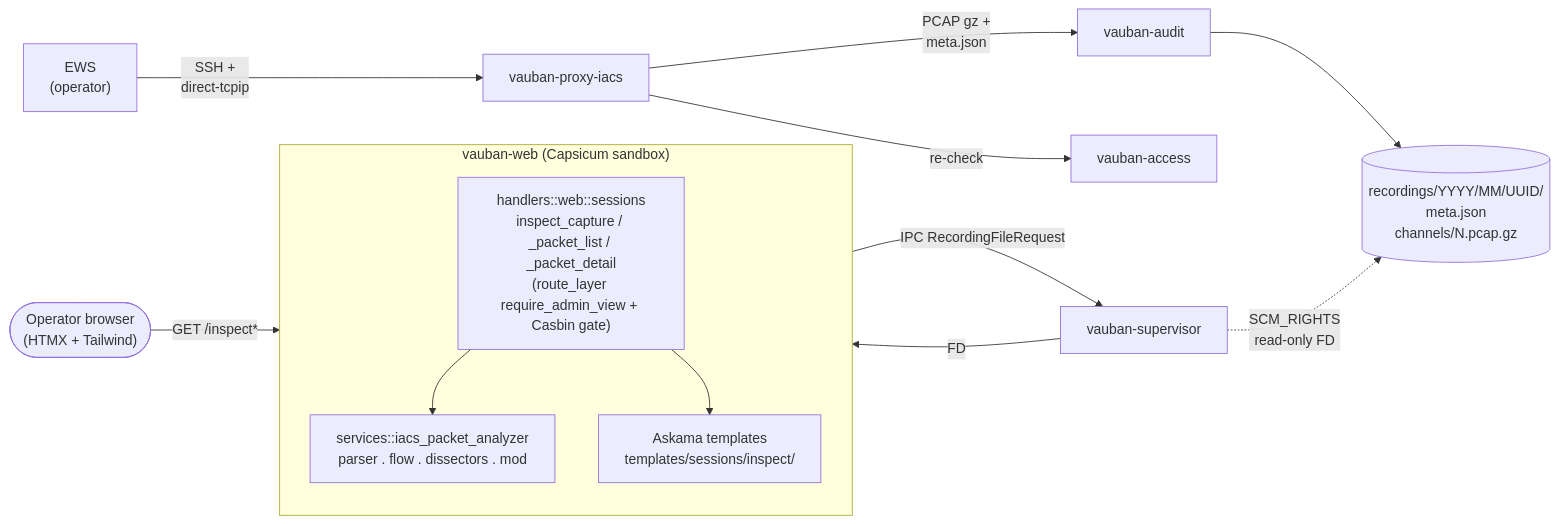
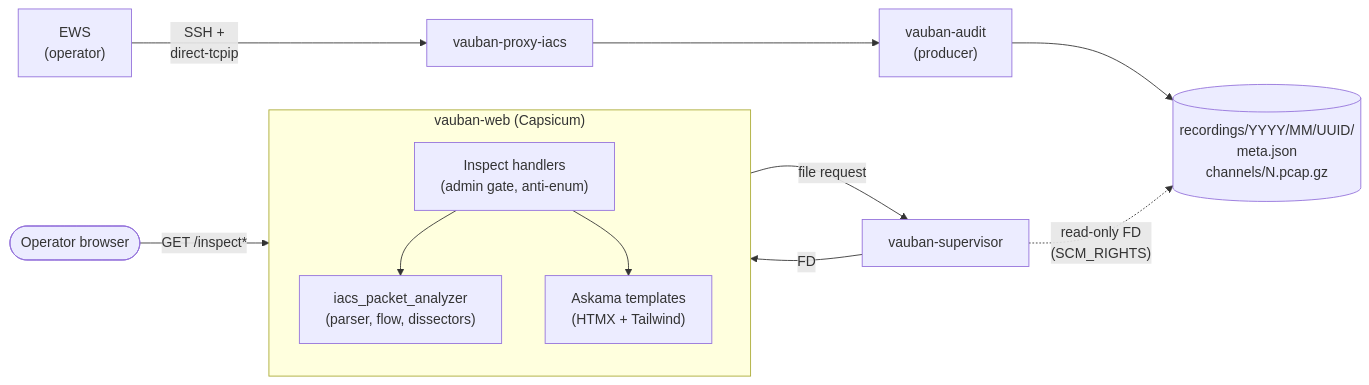
One commit to rbenaley/Vauban changed the first of 3 diagrams in docs/technical/Vauban_IACS_Inspect_Capture_EN(1.0).md. Above: the diagram before and after it, drawn with Mermaid. The commit also changed other lines of this file, not shown here.

First line of the commit message:
docs(iacs-inspect): refocus 1.0 doc on architecture, align header style

````diff
--- a/docs/technical/Vauban_IACS_Inspect_Capture_EN(1.0).md
+++ b/docs/technical/Vauban_IACS_Inspect_Capture_EN(1.0).md
@@ -59,21 +84,20 @@
 ```mermaid
 flowchart LR
     EWS["EWS<br/>(operator)"] -->|"SSH +<br/>direct-tcpip"| Proxy["vauban-proxy-iacs"]
-    Proxy -->|"PCAP gz +<br/>meta.json"| Audit["vauban-audit"]
-    Proxy -->|"re-check"| Access["vauban-access"]
+    Proxy --> Audit["vauban-audit<br/>(producer)"]
     Audit --> FS[("recordings/YYYY/MM/UUID/<br/>meta.json<br/>channels/N.pcap.gz")]
 
-    subgraph Web ["vauban-web (Capsicum sandbox)"]
+    subgraph Web ["vauban-web (Capsicum)"]
         direction TB
-        Handlers["handlers::web::sessions<br/>inspect_capture / _packet_list / _packet_detail<br/>(route_layer require_admin_view + Casbin gate)"]
-        Service["services::iacs_packet_analyzer<br/>parser . flow . dissectors . mod"]
-        Tpl["Askama templates<br/>templates/sessions/inspect/"]
+        Handlers["Inspect handlers<br/>(admin gate, anti-enum)"]
+        Service["iacs_packet_analyzer<br/>(parser, flow, dissectors)"]
+        Tpl["Askama templates<br/>(HTMX + Tailwind)"]
         Handlers --> Service
         Handlers --> Tpl
     end
 
-    Browser(["Operator browser<br/>(HTMX + Tailwind)"]) -->|"GET /inspect*"| Handlers
-    Handlers -->|"IPC RecordingFileRequest"| Sup["vauban-supervisor"]
-    Sup -.->|"SCM_RIGHTS<br/>read-only FD"| FS
+    Browser(["Operator browser"]) -->|"GET /inspect*"| Handlers
+    Handlers -->|"file request"| Sup["vauban-supervisor"]
+    Sup -.->|"read-only FD<br/>(SCM_RIGHTS)"| FS
     Sup -->|"FD"| Service
 ```
````
